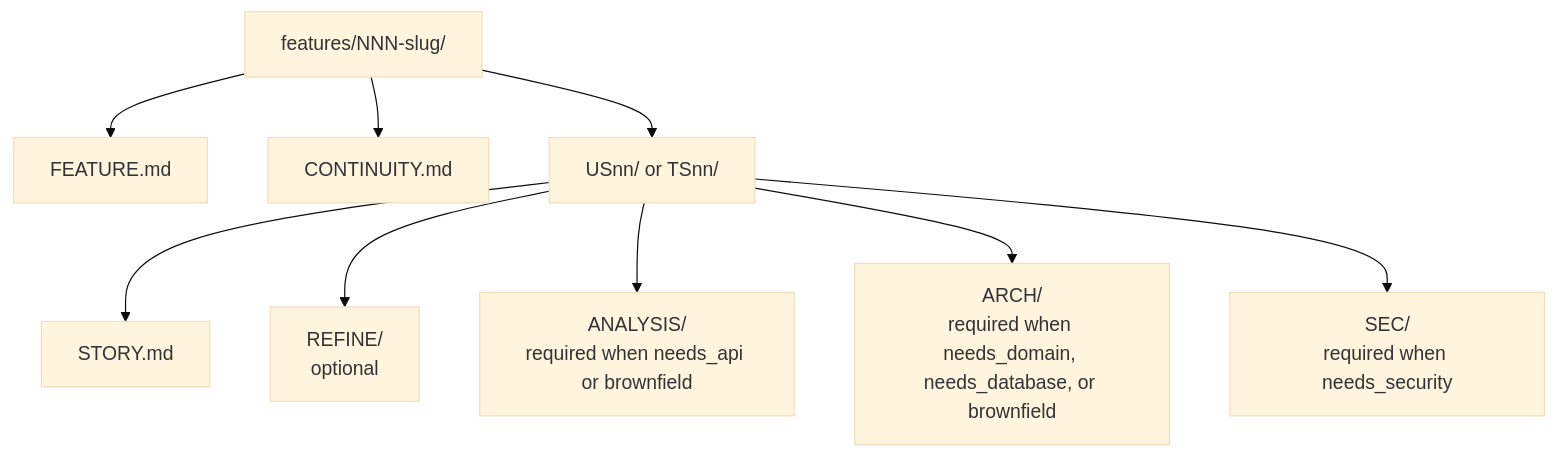
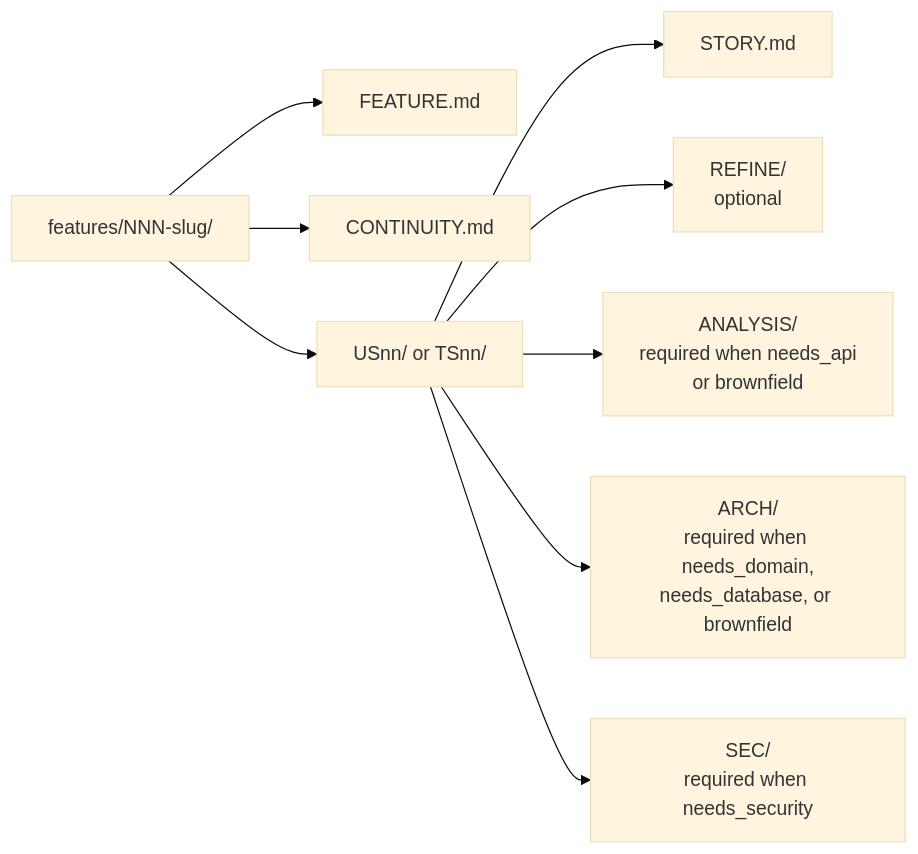
One commit to tibursocampos/agent-dev-toolkit changed the second of 2 diagrams in docs-site/orchestrated-delivery.md. Above: the diagram before and after it, drawn with Mermaid (base theme). The commit also changed other lines of this file and 3 other files, not shown here.

First line of the commit message:
docs: fix Mermaid label wrapping and diagram font

````diff
--- a/docs-site/orchestrated-delivery.md
+++ b/docs-site/orchestrated-delivery.md
@@ -133,12 +133,12 @@
 ```mermaid
-flowchart TD
+flowchart LR
   root["features/NNN-slug/"]
   root --> featureMd["FEATURE.md"]
   root --> continuity["CONTINUITY.md"]
   root --> story["USnn/ or TSnn/"]
   story --> storyMd["STORY.md"]
   story --> refine["REFINE/<br/>optional"]
-  story --> analysis["ANALYSIS/<br/>required when needs_api or brownfield"]
-  story --> arch["ARCH/<br/>required when needs_domain, needs_database, or brownfield"]
+  story --> analysis["ANALYSIS/<br/>required when needs_api<br/>or brownfield"]
+  story --> arch["ARCH/<br/>required when needs_domain,<br/>needs_database, or brownfield"]
   story --> sec["SEC/<br/>required when needs_security"]
 ```
````
